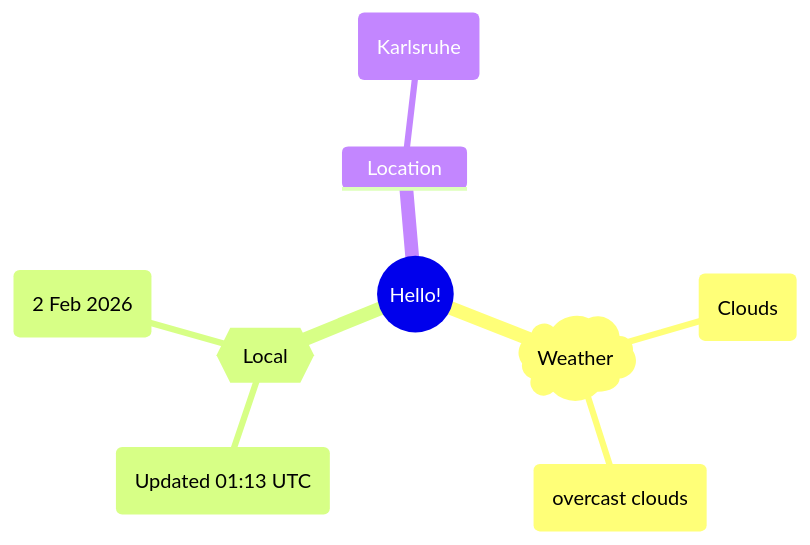
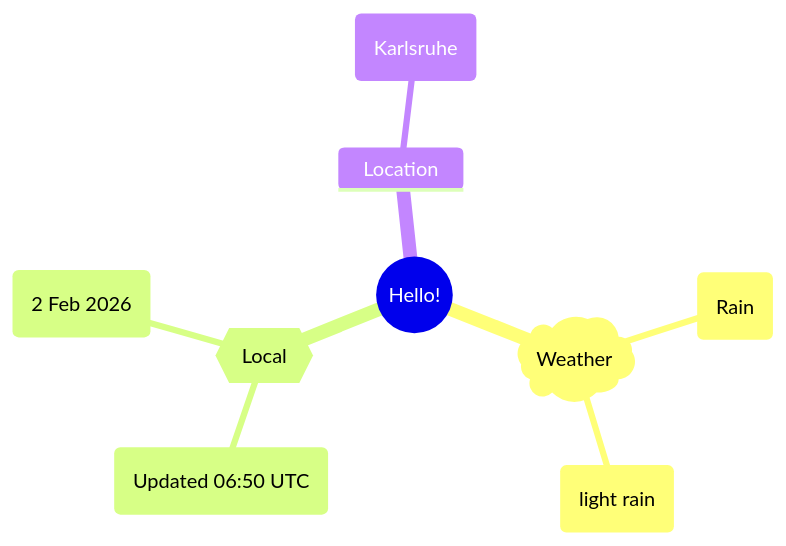
One commit to Xosrov/Xosrov changed the first of 2 diagrams in README.md. Above: the diagram before and after it, drawn with Mermaid.

Commit message:
[bot] updated images

````diff
--- a/README.md
+++ b/README.md
@@ -3,12 +3,12 @@
 ```mermaid
 mindmap
   root((Hello!))
     )Weather(
-        (Clouds)
-        (overcast clouds)
+        (Rain)
+        (light rain)
     {{Local}}
-        (Updated 01:13 UTC)
+        (Updated 06:50 UTC)
         (2 Feb 2026)
     Location
         (Karlsruhe)
 ```
````
